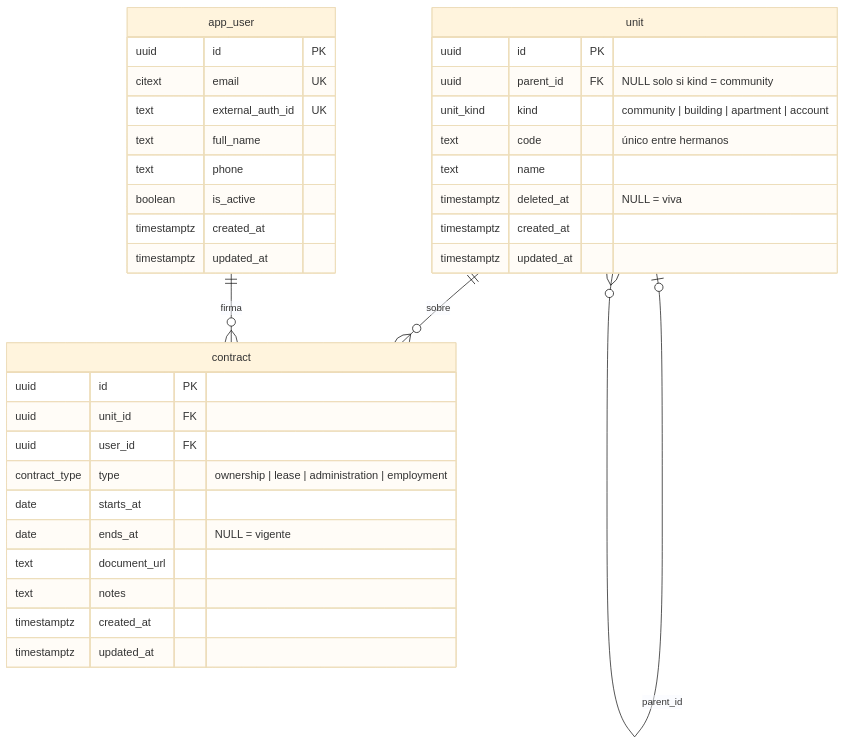
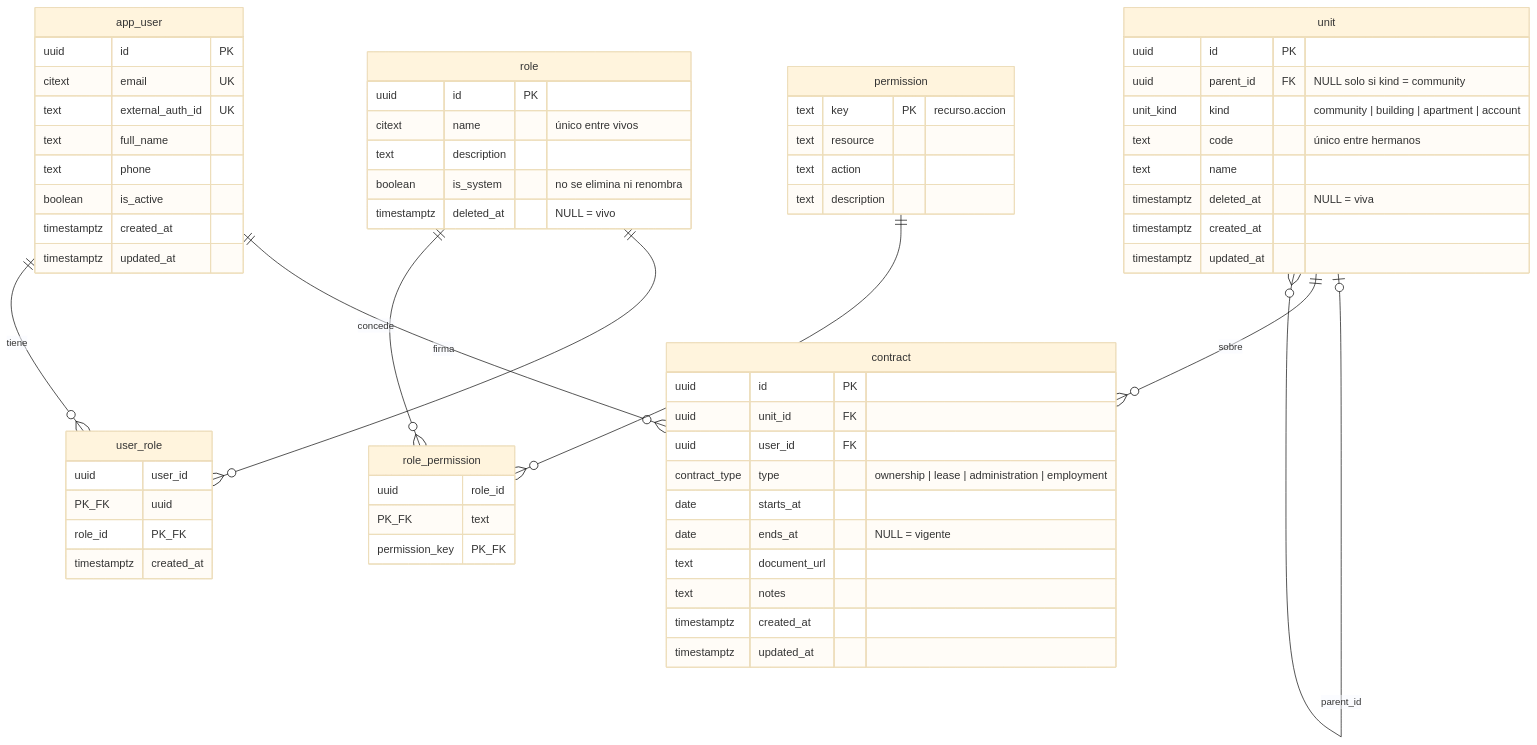
The diagram in database/modelo.mmd (MarkoDotCom/logistica-comunidad), drawn with Mermaid (base theme) before and after one commit. The commit also changed 54 other files, not shown here.

```diff
--- a/database/modelo.mmd
+++ b/database/modelo.mmd
@@ -1,49 +1,79 @@
 %% Modelo de datos — gestión logística de comunidad (PostgreSQL)
 %% Fuente de verdad: schema.sql. Renderizar: mmdc -i modelo.mmd -o modelo.svg
-%% Esquemas: units (unit), users (app_user, contract), public (enums y set_updated_at)
+%% Esquemas: units (unit), users (app_user, contract), auth (permission, role, role_permission, user_role), public (enums y funciones)
 erDiagram
 
   %% ---------------------------------------------------------------
   %% Relaciones
   %% ---------------------------------------------------------------
   unit o|--o{ unit : "parent_id"
   unit     ||--o{ contract : "sobre"
   app_user ||--o{ contract : "firma"
+  app_user ||--o{ user_role : "tiene"
+  role     ||--o{ user_role : ""
+  role     ||--o{ role_permission : "concede"
+  permission ||--o{ role_permission : ""
 
   %% ---------------------------------------------------------------
   %% Entidades
   %% ---------------------------------------------------------------
   unit {
     uuid id PK
     uuid parent_id FK "NULL solo si kind = community"
     unit_kind kind "community | building | apartment | account"
     text code "único entre hermanos"
     text name
     timestamptz deleted_at "NULL = viva"
     timestamptz created_at
     timestamptz updated_at
   }
 
   app_user {
     uuid id PK
     citext email UK
     text external_auth_id UK
     text full_name
     text phone
     boolean is_active
     timestamptz created_at
     timestamptz updated_at
   }
 
   contract {
     uuid id PK
     uuid unit_id FK
     uuid user_id FK
     contract_type type "ownership | lease | administration | employment"
     date starts_at
     date ends_at "NULL = vigente"
     text document_url
     text notes
     timestamptz created_at
     timestamptz updated_at
   }
+
+  permission {
+    text key PK "recurso.accion"
+    text resource
+    text action
+    text description
+  }
+
+  role {
+    uuid id PK
+    citext name "único entre vivos"
+    text description
+    boolean is_system "no se elimina ni renombra"
+    timestamptz deleted_at "NULL = vivo"
+  }
+
+  role_permission {
+    uuid role_id PK_FK
+    text permission_key PK_FK
+  }
+
+  user_role {
+    uuid user_id PK_FK
+    uuid role_id PK_FK
+    timestamptz created_at
+  }
```
